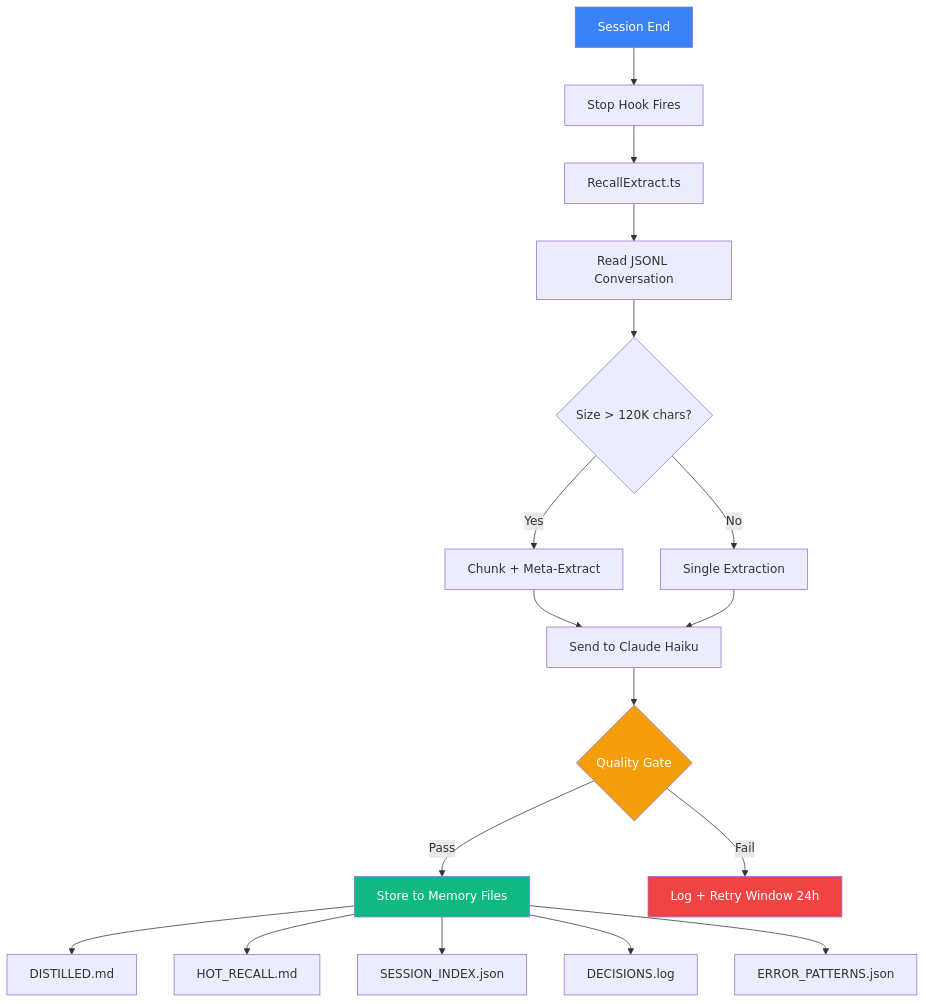
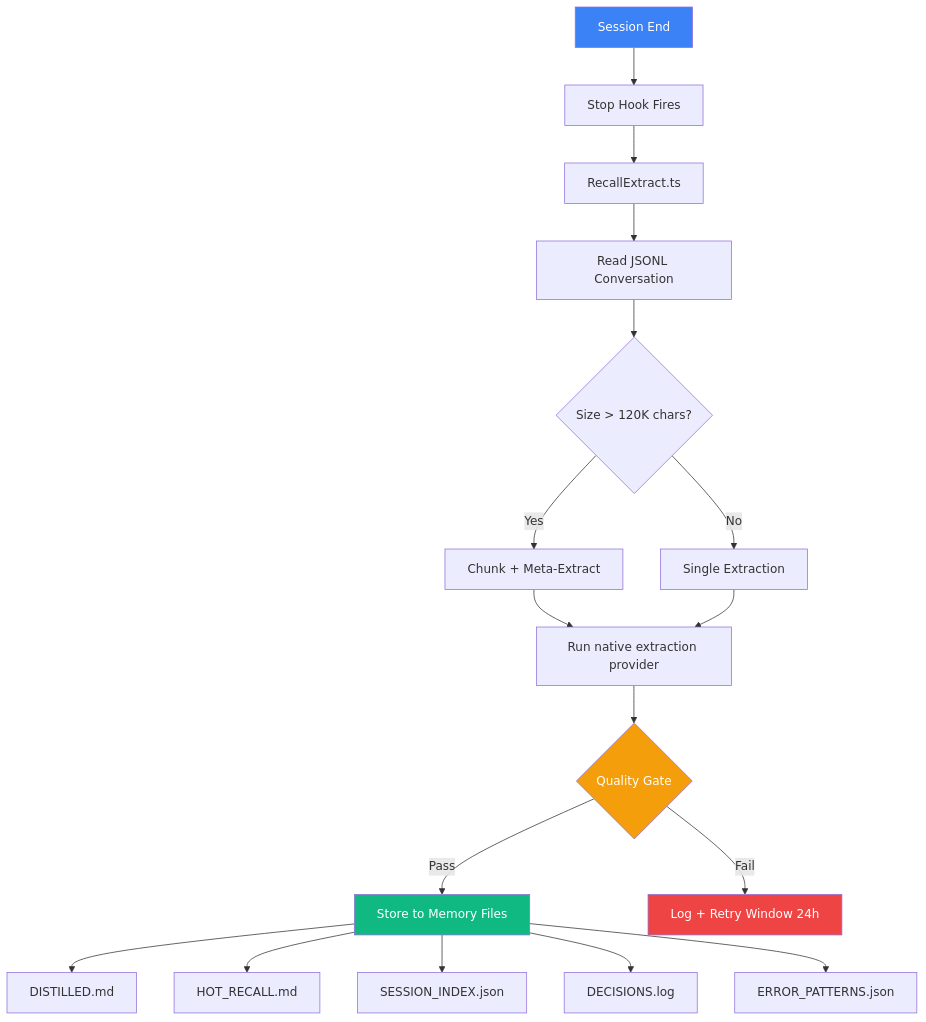
The second of 2 diagrams in docs/architecture.md (edheltzel/Recall), drawn with Mermaid before and after one commit. The commit also changed other lines of this file and 99 other files, not shown here.

````diff
--- a/docs/architecture.md
+++ b/docs/architecture.md
@@ -150,24 +166,24 @@
 ```mermaid
 graph TD
     A[Session End] --> B[Stop Hook Fires]
     B --> C[RecallExtract.ts]
     C --> D[Read JSONL Conversation]
     D --> E{Size > 120K chars?}
     E -->|Yes| F[Chunk + Meta-Extract]
     E -->|No| G[Single Extraction]
-    F --> H[Send to Claude Haiku]
+    F --> H[Run native extraction provider]
     G --> H
     H --> I{Quality Gate}
     I -->|Pass| J[Store to Memory Files]
     I -->|Fail| K[Log + Retry Window 24h]
     J --> L[DISTILLED.md]
     J --> M[HOT_RECALL.md]
     J --> N[SESSION_INDEX.json]
     J --> O[DECISIONS.log]
     J --> P[ERROR_PATTERNS.json]
 
     style A fill:#3B82F6,color:#fff
     style I fill:#F59E0B,color:#fff
     style J fill:#10B981,color:#fff
     style K fill:#EF4444,color:#fff
 ```
````
